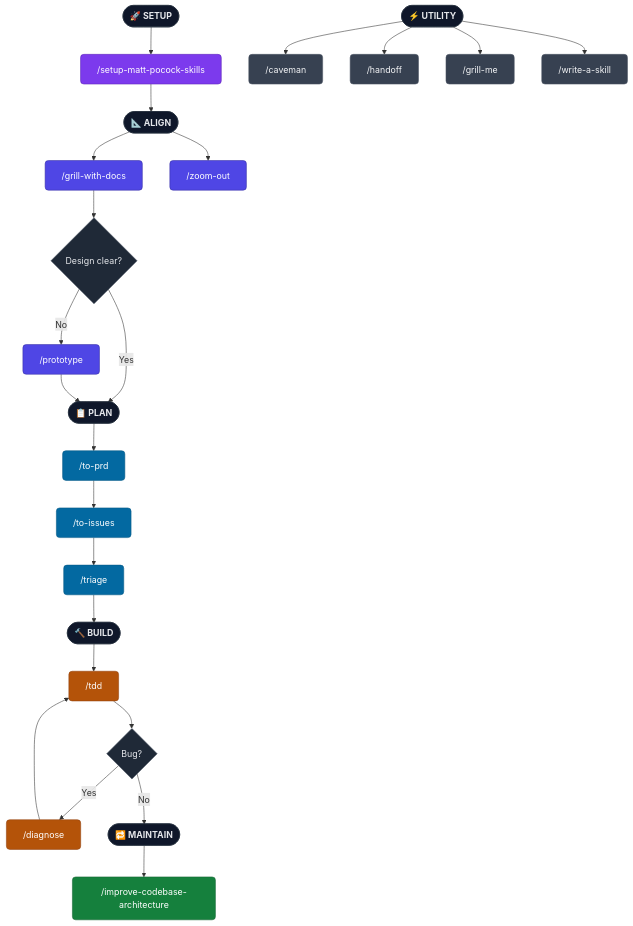
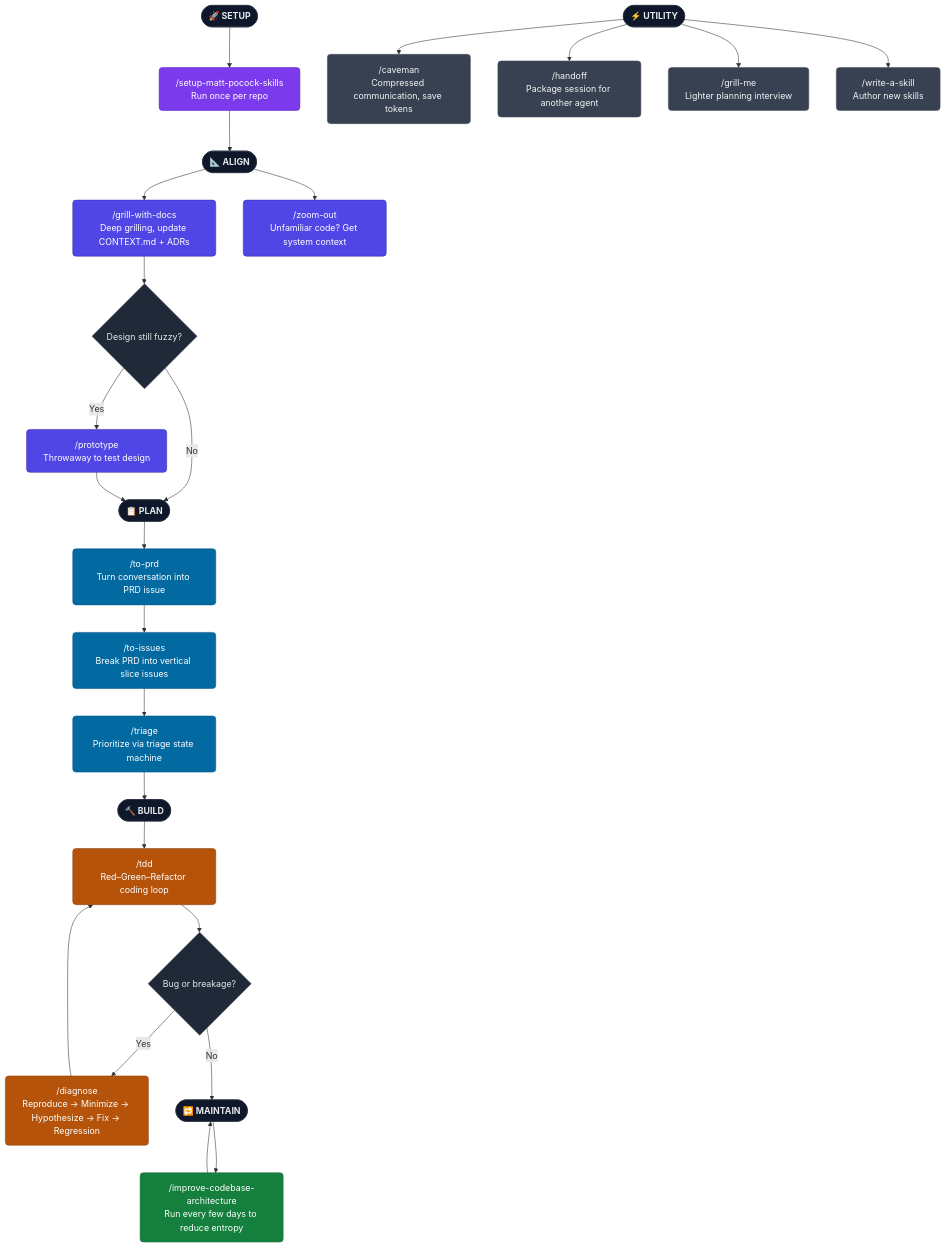
The diagram in skills/mattpocock-skills-cheatsheet.md (derek-palmer/skills), drawn with Mermaid before and after one commit.

Commit message:
Enhance skills cheatsheet with detailed descriptions for each phase and utility. Updated flowchart to clarify actions and decisions in the setup, align, plan, build, and maintain processes.

````diff
--- a/skills/mattpocock-skills-cheatsheet.md
+++ b/skills/mattpocock-skills-cheatsheet.md
@@ -83,36 +83,42 @@
 ```mermaid
 flowchart TD
-  A0(["🚀 SETUP"]):::phase --> A["/setup-matt-pocock-skills"]:::setup
+  A0(["🚀 SETUP"]):::phase --> A["/setup-matt-pocock-skills<br/>Run once per repo"]:::setup
   A --> B0(["📐 ALIGN"]):::phase
-  B0 --> B["/grill-with-docs"]:::align
-  B0 --> C["/zoom-out"]:::align
-  B --> D{Design clear?}:::decision
-  D -->|Yes| E0(["📋 PLAN"]):::phase
-  D -->|No| P["/prototype"]:::align
-  P --> E0
-  E0 --> E["/to-prd"]:::plan
-  E --> F["/to-issues"]:::plan
-  F --> G["/triage"]:::plan
-  G --> H0(["🔨 BUILD"]):::phase
-  H0 --> H["/tdd"]:::build
-  H --> I{Bug?}:::decision
-  I -->|Yes| J["/diagnose"]:::build
-  J --> H
-  I -->|No| K0(["🔁 MAINTAIN"]):::phase
-  K0 --> K["/improve-codebase-architecture"]:::maintain
+
+  B0 --> B["/grill-with-docs<br/>Deep grilling, update CONTEXT.md + ADRs"]:::align
+  B0 --> C["/zoom-out<br/>Unfamiliar code? Get system context"]:::align
+  B --> D{Design still fuzzy?}:::decision
+  D -->|Yes| E["/prototype<br/>Throwaway to test design"]:::align
+  D -->|No| F0(["📋 PLAN"]):::phase
+  E --> F0
+
+  F0 --> F["/to-prd<br/>Turn conversation into PRD issue"]:::plan
+  F --> G["/to-issues<br/>Break PRD into vertical slice issues"]:::plan
+  G --> H["/triage<br/>Prioritize via triage state machine"]:::plan
+
+  H --> I0(["🔨 BUILD"]):::phase
+
+  I0 --> I["/tdd<br/>Red–Green–Refactor coding loop"]:::build
+  I --> J{Bug or breakage?}:::decision
+  J -->|Yes| K["/diagnose<br/>Reproduce → Minimize → Hypothesize → Fix → Regression"]:::build
+  K --> I
+  J -->|No| L0(["🔁 MAINTAIN"]):::phase
+
+  L0 --> L["/improve-codebase-architecture<br/>Run every few days to reduce entropy"]:::maintain
+  L --> L0
 
   U0(["⚡ UTILITY"]):::phase
-  U0 --> U1["/caveman"]:::util
-  U0 --> U2["/handoff"]:::util
-  U0 --> U3["/grill-me"]:::util
-  U0 --> U4["/write-a-skill"]:::util
+  U0 --> U1["/caveman<br/>Compressed communication, save tokens"]:::util
+  U0 --> U2["/handoff<br/>Package session for another agent"]:::util
+  U0 --> U3["/grill-me<br/>Lighter planning interview"]:::util
+  U0 --> U4["/write-a-skill<br/>Author new skills"]:::util
 
   classDef phase fill:#0f172a,stroke:#1f2937,color:#e5e7eb,font-weight:bold,rx:6,ry:6;
   classDef setup fill:#7c3aed,stroke:#5b21b6,color:#ffffff,rx:6,ry:6;
   classDef align fill:#4f46e5,stroke:#3730a3,color:#ffffff,rx:6,ry:6;
   classDef plan fill:#0369a1,stroke:#075985,color:#ffffff,rx:6,ry:6;
   classDef build fill:#b45309,stroke:#92400e,color:#ffffff,rx:6,ry:6;
   classDef maintain fill:#15803d,stroke:#166534,color:#ffffff,rx:6,ry:6;
   classDef util fill:#374151,stroke:#4b5563,color:#f3f4f6,rx:6,ry:6;
   classDef decision fill:#1f2937,stroke:#4b5563,color:#e5e7eb,rx:4,ry:4;
 ```
````
